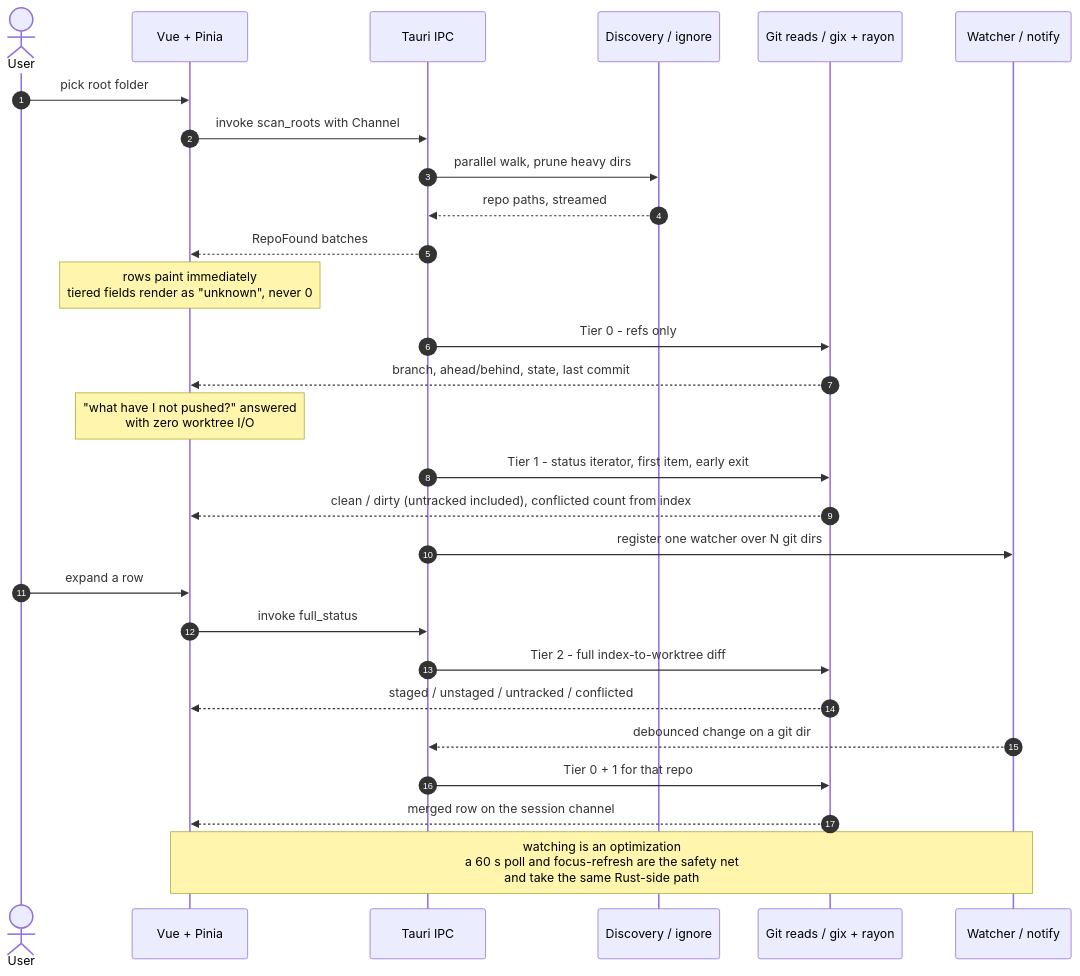
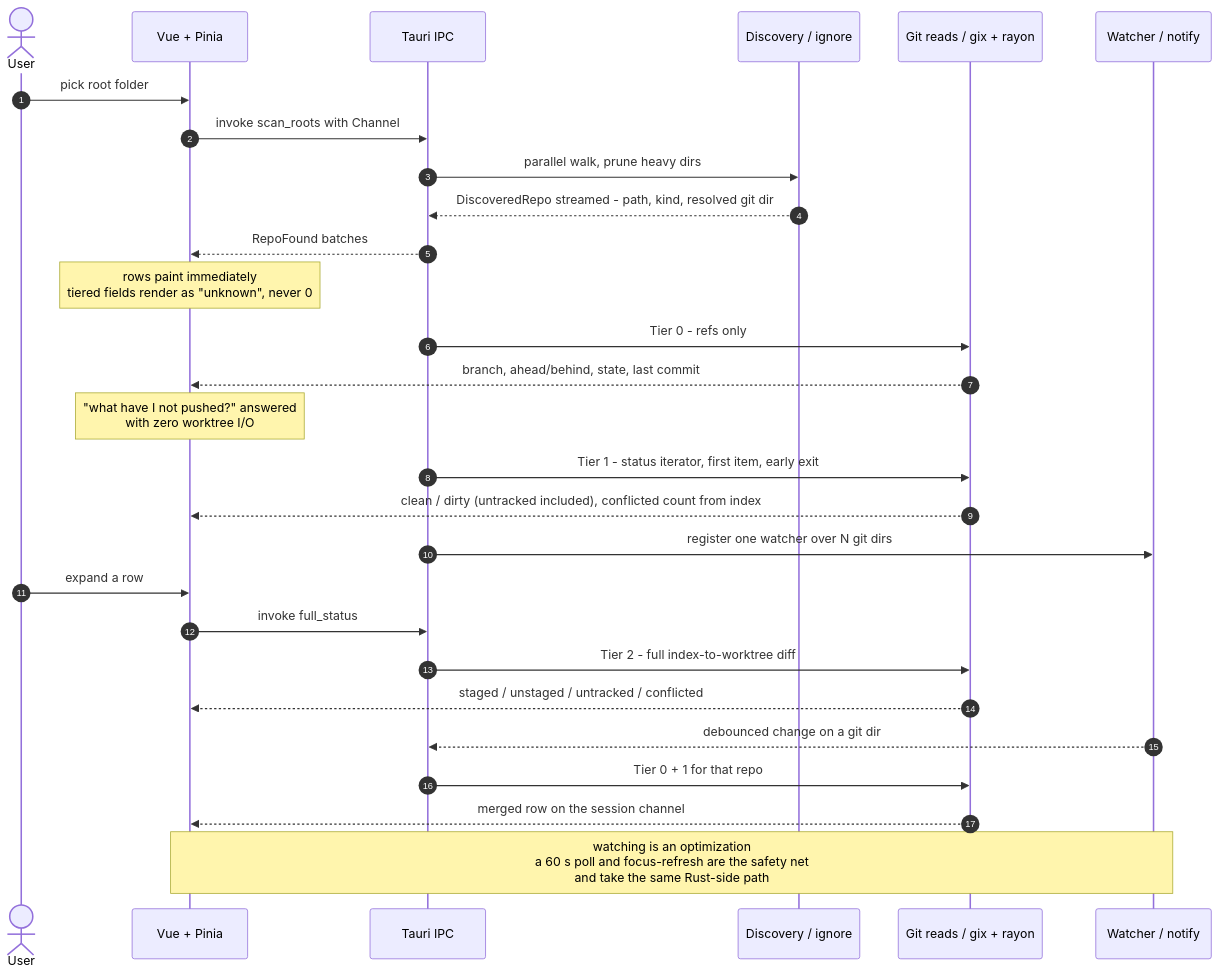
The diagram in AGENTS.md (b-meyer/repo-viewer), drawn with Mermaid before and after one commit. The commit also changed other lines of this file and 16 other files, not shown here.

````diff
--- a/AGENTS.md
+++ b/AGENTS.md
@@ -74,36 +76,36 @@
 ```mermaid
 sequenceDiagram
     autonumber
     actor U as User
     participant V as Vue + Pinia
     participant T as Tauri IPC
     participant D as Discovery / ignore
     participant G as Git reads / gix + rayon
     participant W as Watcher / notify
 
     U->>V: pick root folder
     V->>T: invoke scan_roots with Channel
     T->>D: parallel walk, prune heavy dirs
-    D-->>T: repo paths, streamed
+    D-->>T: DiscoveredRepo streamed - path, kind, resolved git dir
     T-->>V: RepoFound batches
     Note over V: rows paint immediately<br/>tiered fields render as "unknown", never 0
 
     T->>G: Tier 0 - refs only
     G-->>V: branch, ahead/behind, state, last commit
     Note over V: "what have I not pushed?" answered<br/>with zero worktree I/O
 
     T->>G: Tier 1 - status iterator, first item, early exit
     G-->>V: clean / dirty (untracked included), conflicted count from index
 
     T->>W: register one watcher over N git dirs
 
     U->>V: expand a row
     V->>T: invoke full_status
     T->>G: Tier 2 - full index-to-worktree diff
     G-->>V: staged / unstaged / untracked / conflicted
 
     W-->>T: debounced change on a git dir
     T->>G: Tier 0 + 1 for that repo
     G-->>V: merged row on the session channel
     Note over V,W: watching is an optimization<br/>a 60 s poll and focus-refresh are the safety net<br/>and take the same Rust-side path
 ```
````
